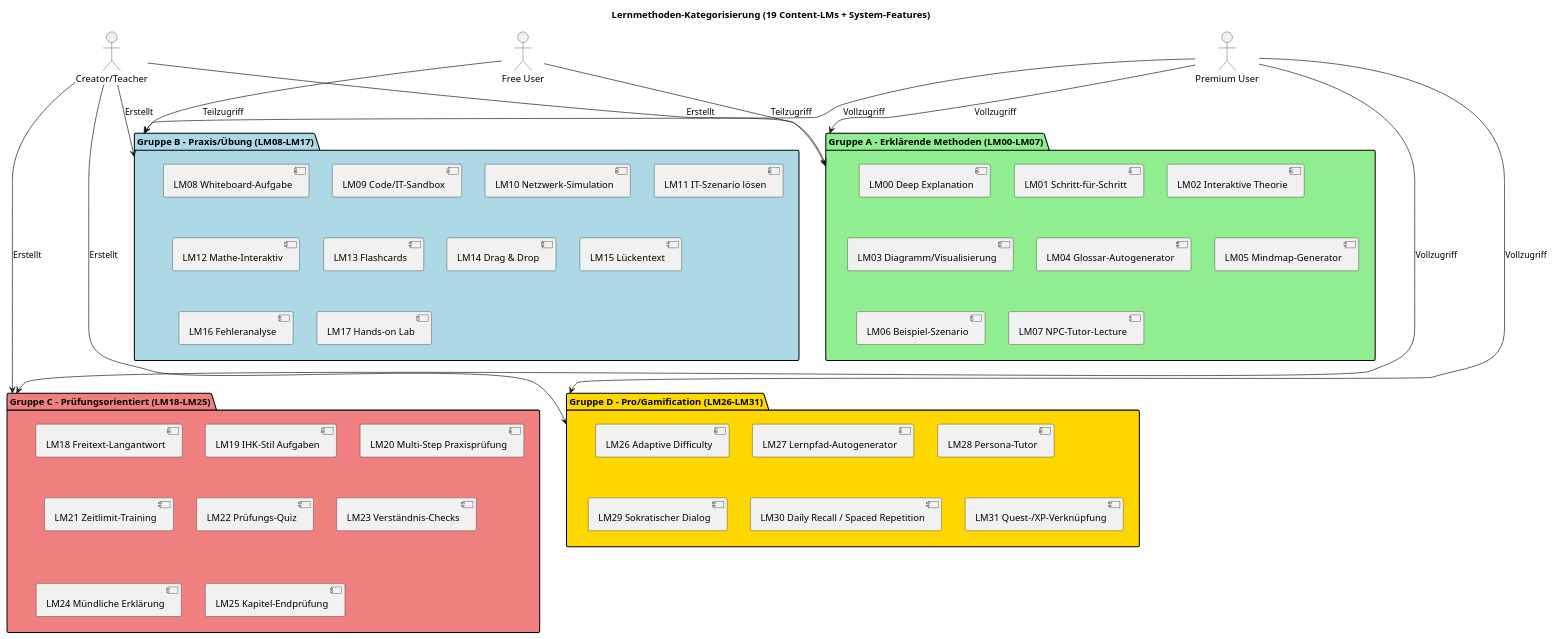
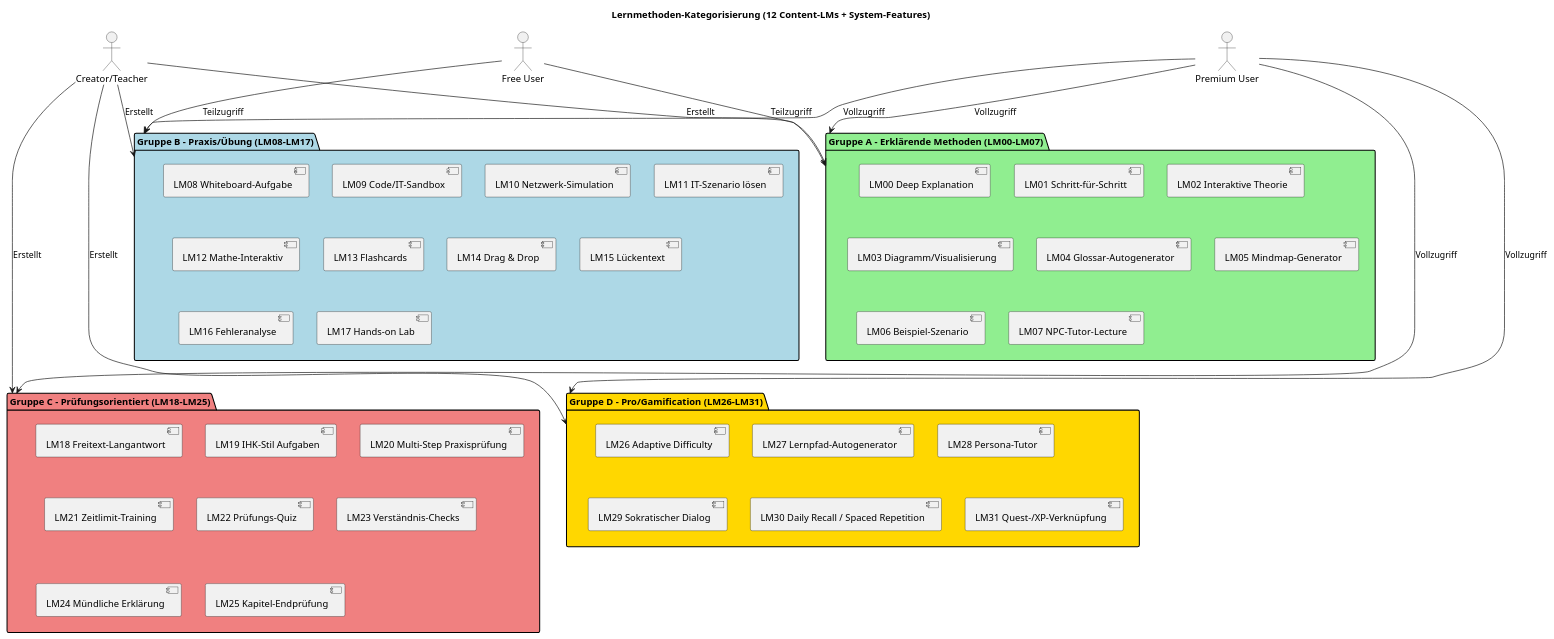
Before and after one commit to flokflok1/lernseite: the sixth of 13 diagrams in LernsystemX-Doku/01_Core/00_System-Übersicht.md, drawn with PlantUML. The commit also changed other lines of this file and 1490 other files, not shown here.

````diff
--- a/LernsystemX-Doku/01_Core/00_System-Übersicht.md
+++ b/LernsystemX-Doku/01_Core/00_System-Übersicht.md
@@ -282,65 +282,65 @@
 ```plantuml
 @startuml
-title Lernmethoden-Kategorisierung (19 Content-LMs + System-Features)
+title Lernmethoden-Kategorisierung (12 Content-LMs + System-Features)
 
 package "Gruppe A – Erklärende Methoden (LM00–LM07)" #LightGreen {
   [LM00 Deep Explanation]
   [LM01 Schritt-für-Schritt]
   [LM02 Interaktive Theorie]
   [LM03 Diagramm/Visualisierung]
   [LM04 Glossar-Autogenerator]
   [LM05 Mindmap-Generator]
   [LM06 Beispiel-Szenario]
   [LM07 NPC-Tutor-Lecture]
 }
 
 package "Gruppe B – Praxis/Übung (LM08–LM17)" #LightBlue {
   [LM08 Whiteboard-Aufgabe]
   [LM09 Code/IT-Sandbox]
   [LM10 Netzwerk-Simulation]
   [LM11 IT-Szenario lösen]
   [LM12 Mathe-Interaktiv]
   [LM13 Flashcards]
   [LM14 Drag & Drop]
   [LM15 Lückentext]
   [LM16 Fehleranalyse]
   [LM17 Hands-on Lab]
 }
 
 package "Gruppe C – Prüfungsorientiert (LM18–LM25)" #LightCoral {
   [LM18 Freitext-Langantwort]
   [LM19 IHK-Stil Aufgaben]
   [LM20 Multi-Step Praxisprüfung]
   [LM21 Zeitlimit-Training]
   [LM22 Prüfungs-Quiz]
   [LM23 Verständnis-Checks]
   [LM24 Mündliche Erklärung]
   [LM25 Kapitel-Endprüfung]
 }
 
 package "Gruppe D – Pro/Gamification (LM26–LM31)" #Gold {
   [LM26 Adaptive Difficulty]
   [LM27 Lernpfad-Autogenerator]
   [LM28 Persona-Tutor]
   [LM29 Sokratischer Dialog]
   [LM30 Daily Recall / Spaced Repetition]
   [LM31 Quest-/XP-Verknüpfung]
 }
 
 actor "Free User" as free
 actor "Premium User" as premium
 actor "Creator/Teacher" as pro
 
 free --> "Gruppe A – Erklärende Methoden (LM00–LM07)" : "Teilzugriff"
 free --> "Gruppe B – Praxis/Übung (LM08–LM17)" : "Teilzugriff"
 premium --> "Gruppe A – Erklärende Methoden (LM00–LM07)" : "Vollzugriff"
 premium --> "Gruppe B – Praxis/Übung (LM08–LM17)" : "Vollzugriff"
 premium --> "Gruppe C – Prüfungsorientiert (LM18–LM25)" : "Vollzugriff"
 premium --> "Gruppe D – Pro/Gamification (LM26–LM31)" : "Vollzugriff"
 pro --> "Gruppe A – Erklärende Methoden (LM00–LM07)" : "Erstellt"
 pro --> "Gruppe B – Praxis/Übung (LM08–LM17)" : "Erstellt"
 pro --> "Gruppe C – Prüfungsorientiert (LM18–LM25)" : "Erstellt"
 pro --> "Gruppe D – Pro/Gamification (LM26–LM31)" : "Erstellt"
 
 @enduml
 ```
````
